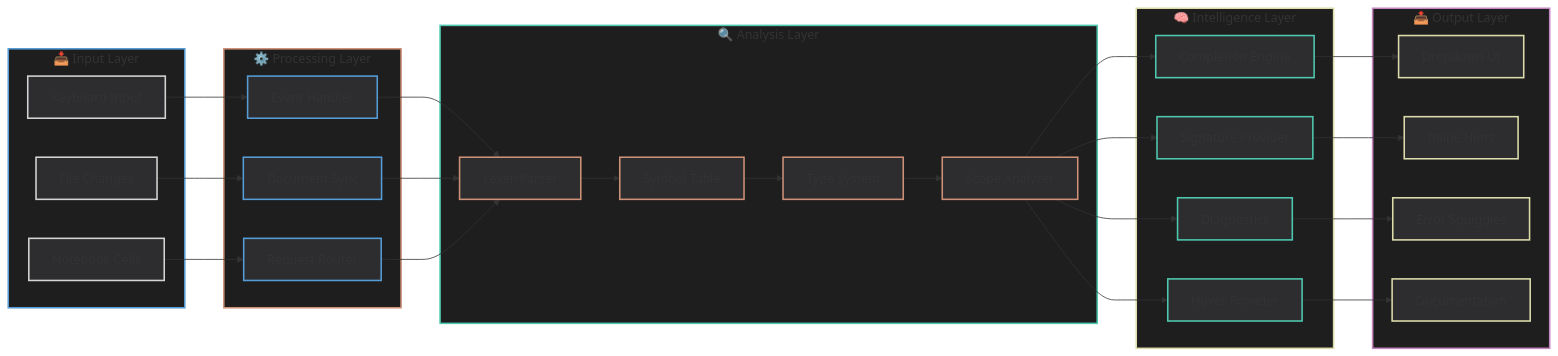
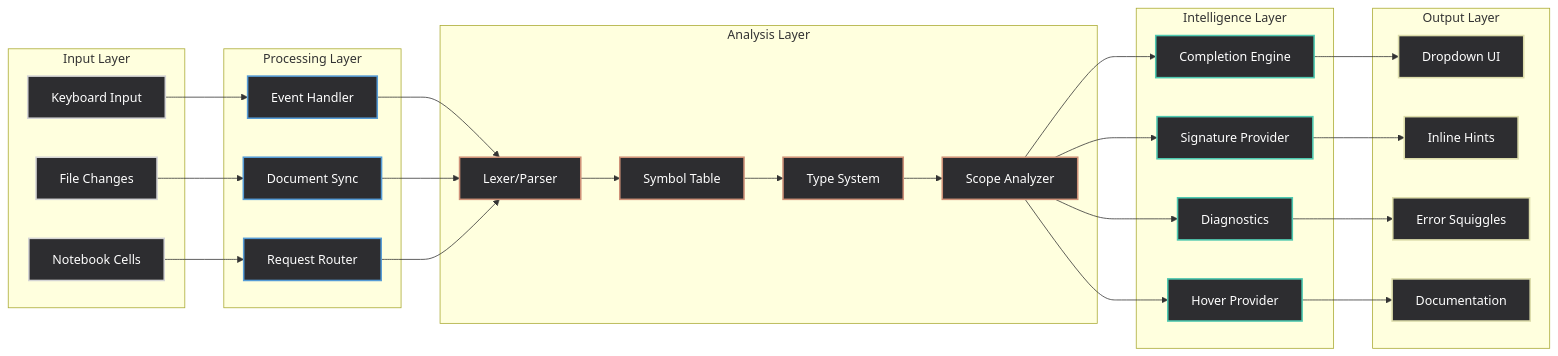
The fourth of 6 diagrams in README.md (hkevin01/python-traditional-autocomplete), drawn with Mermaid before and after one commit. The commit also changed other lines of this file and 10 other files, not shown here.

````diff
--- a/README.md
+++ b/README.md
@@ -824,77 +774,72 @@
 ```mermaid
 graph LR
-    subgraph Input["📥 Input Layer"]
-        style Input fill:#1e1e1e,stroke:#569cd6,stroke-width:2px
+    subgraph Input["Input Layer"]
         A[Keyboard Input]
         B[File Changes]
         C[Notebook Cells]
     end
     
-    subgraph Processing["⚙️ Processing Layer"]
-        style Processing fill:#1e1e1e,stroke:#ce9178,stroke-width:2px
+    subgraph Processing["Processing Layer"]
         D[Event Handler]
         E[Document Sync]
         F[Request Router]
     end
     
-    subgraph Analysis["🔍 Analysis Layer"]
-        style Analysis fill:#1e1e1e,stroke:#4ec9b0,stroke-width:2px
+    subgraph Analysis["Analysis Layer"]
         G[Lexer/Parser]
         H[Symbol Table]
         I[Type System]
         J[Scope Analyzer]
     end
     
-    subgraph Intelligence["🧠 Intelligence Layer"]
-        style Intelligence fill:#1e1e1e,stroke:#dcdcaa,stroke-width:2px
+    subgraph Intelligence["Intelligence Layer"]
         K[Completion Engine]
         L[Signature Provider]
         M[Hover Provider]
         N[Diagnostics]
     end
     
-    subgraph Output["📤 Output Layer"]
-        style Output fill:#1e1e1e,stroke:#c586c0,stroke-width:2px
+    subgraph Output["Output Layer"]
         O[Dropdown UI]
         P[Inline Hints]
         Q[Error Squiggles]
         R[Documentation]
     end
     
     A --> D
     B --> E
     C --> F
     D --> G
     E --> G
     F --> G
     G --> H
     H --> I
     I --> J
     J --> K
     J --> L
     J --> M
     J --> N
     K --> O
     L --> P
     M --> R
     N --> Q
     
-    style A fill:#2d2d30,stroke:#d4d4d4,stroke-width:2px
-    style B fill:#2d2d30,stroke:#d4d4d4,stroke-width:2px
-    style C fill:#2d2d30,stroke:#d4d4d4,stroke-width:2px
-    style D fill:#2d2d30,stroke:#569cd6,stroke-width:2px
-    style E fill:#2d2d30,stroke:#569cd6,stroke-width:2px
-    style F fill:#2d2d30,stroke:#569cd6,stroke-width:2px
-    style G fill:#2d2d30,stroke:#ce9178,stroke-width:2px
-    style H fill:#2d2d30,stroke:#ce9178,stroke-width:2px
-    style I fill:#2d2d30,stroke:#ce9178,stroke-width:2px
-    style J fill:#2d2d30,stroke:#ce9178,stroke-width:2px
-    style K fill:#2d2d30,stroke:#4ec9b0,stroke-width:2px
-    style L fill:#2d2d30,stroke:#4ec9b0,stroke-width:2px
-    style M fill:#2d2d30,stroke:#4ec9b0,stroke-width:2px
-    style N fill:#2d2d30,stroke:#4ec9b0,stroke-width:2px
-    style O fill:#2d2d30,stroke:#dcdcaa,stroke-width:2px
-    style P fill:#2d2d30,stroke:#dcdcaa,stroke-width:2px
-    style Q fill:#2d2d30,stroke:#dcdcaa,stroke-width:2px
-    style R fill:#2d2d30,stroke:#dcdcaa,stroke-width:2px
+    style A fill:#2d2d30,stroke:#d4d4d4,stroke-width:2px,color:#fff
+    style B fill:#2d2d30,stroke:#d4d4d4,stroke-width:2px,color:#fff
+    style C fill:#2d2d30,stroke:#d4d4d4,stroke-width:2px,color:#fff
+    style D fill:#2d2d30,stroke:#569cd6,stroke-width:2px,color:#fff
+    style E fill:#2d2d30,stroke:#569cd6,stroke-width:2px,color:#fff
+    style F fill:#2d2d30,stroke:#569cd6,stroke-width:2px,color:#fff
+    style G fill:#2d2d30,stroke:#ce9178,stroke-width:2px,color:#fff
+    style H fill:#2d2d30,stroke:#ce9178,stroke-width:2px,color:#fff
+    style I fill:#2d2d30,stroke:#ce9178,stroke-width:2px,color:#fff
+    style J fill:#2d2d30,stroke:#ce9178,stroke-width:2px,color:#fff
+    style K fill:#2d2d30,stroke:#4ec9b0,stroke-width:2px,color:#fff
+    style L fill:#2d2d30,stroke:#4ec9b0,stroke-width:2px,color:#fff
+    style M fill:#2d2d30,stroke:#4ec9b0,stroke-width:2px,color:#fff
+    style N fill:#2d2d30,stroke:#4ec9b0,stroke-width:2px,color:#fff
+    style O fill:#2d2d30,stroke:#dcdcaa,stroke-width:2px,color:#fff
+    style P fill:#2d2d30,stroke:#dcdcaa,stroke-width:2px,color:#fff
+    style Q fill:#2d2d30,stroke:#dcdcaa,stroke-width:2px,color:#fff
+    style R fill:#2d2d30,stroke:#dcdcaa,stroke-width:2px,color:#fff
 ```
````
